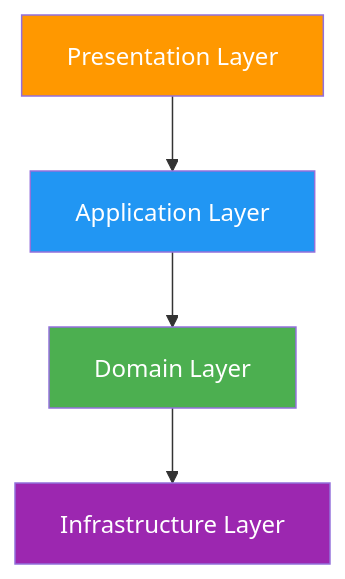
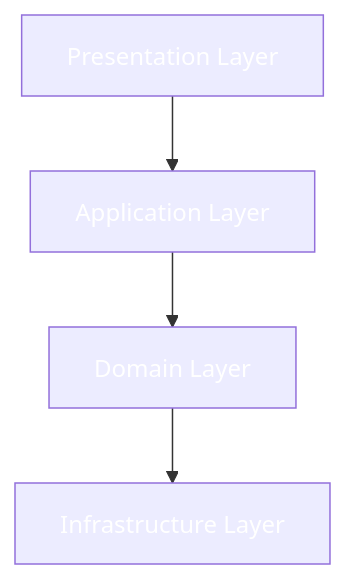
Diagram 15 of 17 in csharp_inicial/05-PatronesArquitecturas.md (joseluisgs/DesarrolloWebEntornosServidor-01-2026-2027), drawn with Mermaid before and after one commit. The commit also changed other lines of this file and 66 other files, not shown here.

First line of the commit message:
fix: normalizar titulos al castellano de frase y corregir la paleta de mermaid

````diff
--- a/csharp_inicial/05-PatronesArquitecturas.md
+++ b/csharp_inicial/05-PatronesArquitecturas.md
@@ -777,11 +777,11 @@
 ```mermaid
 graph TD
     A["Presentation Layer"] --> B["Application Layer"]
     B --> C["Domain Layer"]
     C --> D["Infrastructure Layer"]
     
-    style A fill:#FF9800,color:#fff
-    style B fill:#2196F3,color:#fff
-    style C fill:#4CAF50,color:#fff
-    style D fill:#9C27B0,color:#fff
+    style A fill:#FF980,color:#fff0,color:#fff
+    style B fill:#2196F,color:#fff3,color:#fff
+    style C fill:#4CAF5,color:#fff0,color:#fff
+    style D fill:#9C27B,color:#fff0,color:#fff
 ```
````
